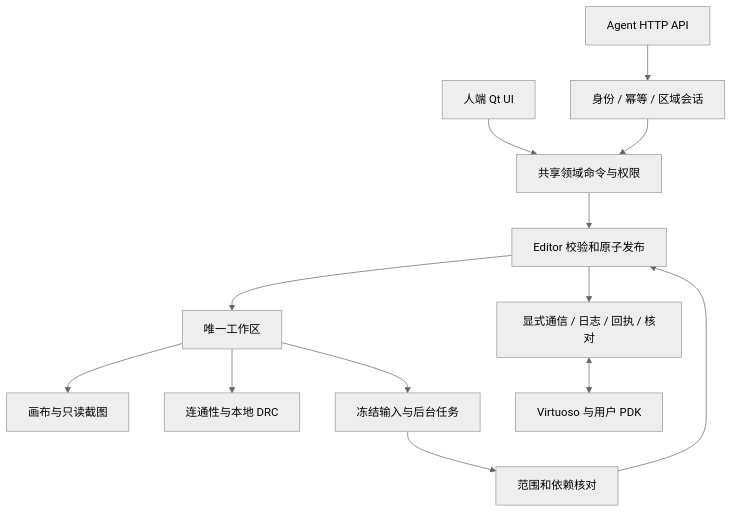
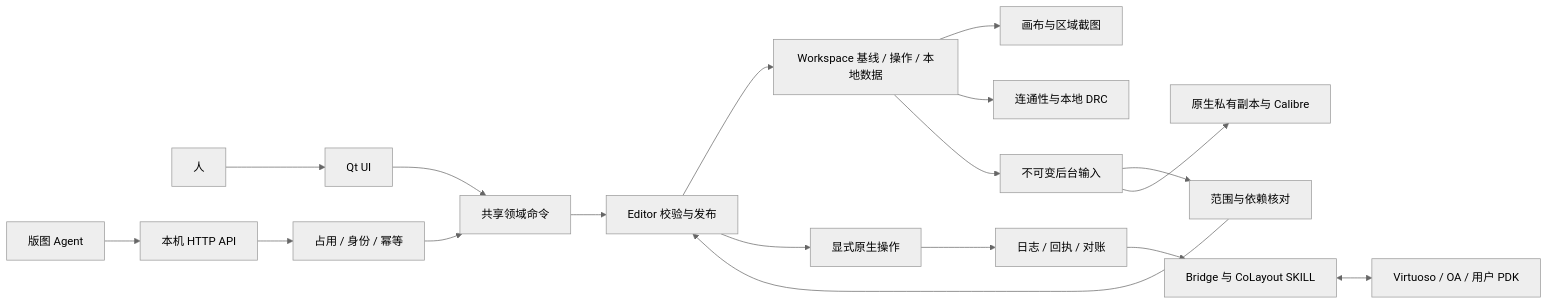
One commit to zyc649/CoLayout changed the diagram in docs/zh/architecture.md. Above: the diagram before and after it, drawn with Mermaid (neutral theme). The commit also changed other lines of this file and 32 other files, not shown here.

````diff
--- a/docs/zh/architecture.md
+++ b/docs/zh/architecture.md
@@ -7,15 +9,20 @@
 ```mermaid
-flowchart TD
-  UI[人端 Qt UI] --> Command[共享领域命令与权限]
-  API[Agent HTTP API] --> Session[身份 / 幂等 / 区域会话]
-  Session --> Command
-  Command --> Editor[Editor 校验和原子发布]
-  Editor --> Workspace[唯一工作区]
-  Workspace --> View[画布与只读截图]
-  Workspace --> Check[连通性与本地 DRC]
-  Workspace --> Worker[冻结输入与后台任务]
-  Worker --> Gate[范围和依赖核对]
-  Gate --> Editor
-  Editor --> Native[显式通信 / 日志 / 回执 / 核对]
-  Native <--> Virtuoso[Virtuoso 与用户 PDK]
+flowchart LR
+  Human[人] --> UI[Qt UI]
+  Agent[版图 Agent] --> HTTP[本机 HTTP API]
+  HTTP --> Session[占用 / 身份 / 幂等]
+  UI --> Commands[共享领域命令]
+  Session --> Commands
+  Commands --> Editor[Editor 校验与发布]
+  Editor --> Workspace[Workspace 基线 / 操作 / 本地数据]
+  Workspace --> Canvas[画布与区域截图]
+  Workspace --> Checks[连通性与本地 DRC]
+  Workspace --> Workers[不可变后台输入]
+  Workers --> Adopt[范围与依赖核对]
+  Adopt --> Editor
+  Editor --> Adapter[显式原生操作]
+  Adapter --> Journal[日志 / 回执 / 对账]
+  Journal --> Transport[Bridge 与 CoLayout SKILL]
+  Transport <--> Native[Virtuoso / OA / 用户 PDK]
+  Workers --> ServerDRC[原生私有副本与 Calibre]
 ```
````
